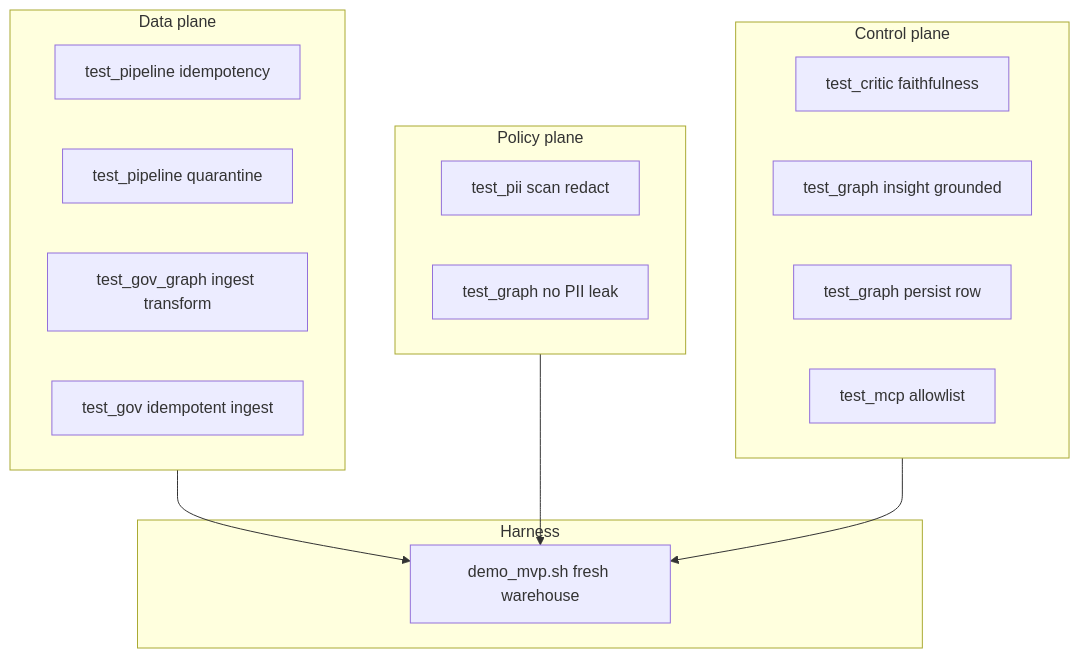
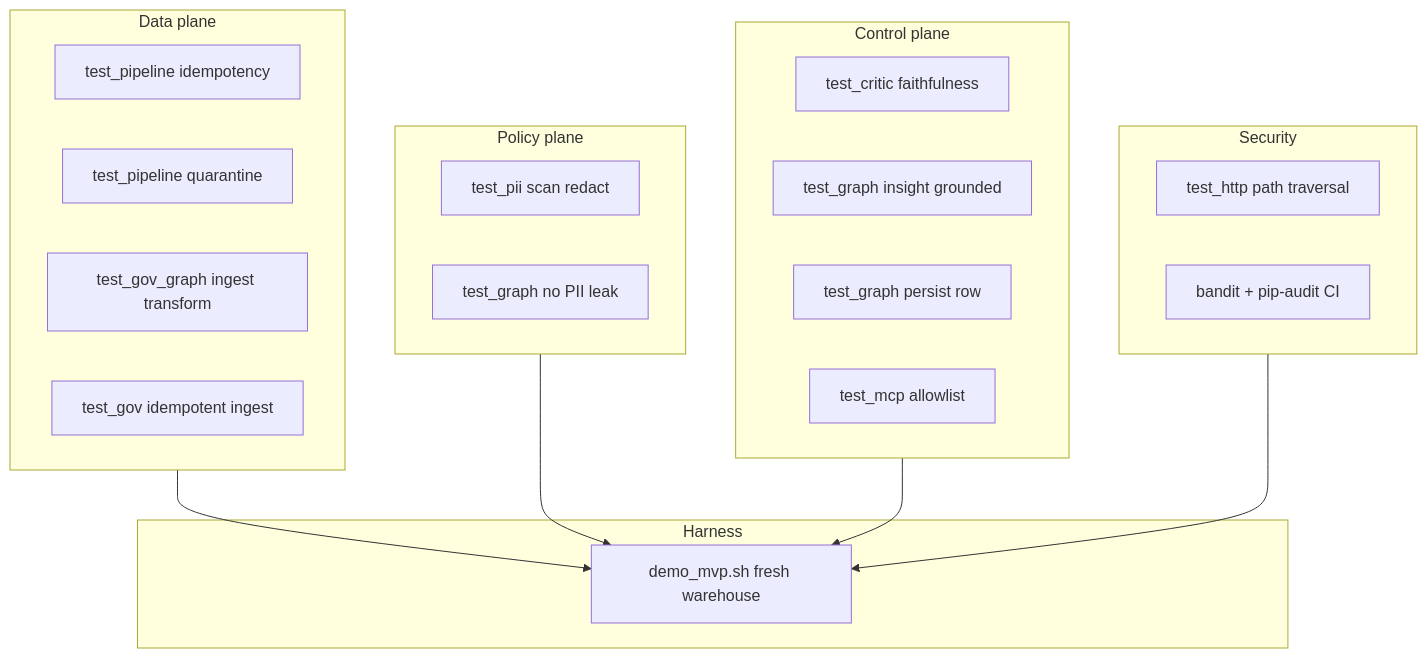
One commit to khaosans/operator-etl changed the diagram in docs/TESTING.md. Above: the diagram before and after it, drawn with Mermaid. The commit also changed other lines of this file and 56 other files, not shown here.

First line of the commit message:
Security hardening: path traversal, SAST CI, Terraform secrets, vault perms, rate limiting (#28)

````diff
--- a/docs/TESTING.md
+++ b/docs/TESTING.md
@@ -20,29 +22,35 @@
 ```mermaid
 flowchart TB
   subgraph data [Data plane]
     T1[test_pipeline idempotency]
     T2[test_pipeline quarantine]
     T3[test_gov_graph ingest transform]
     T4[test_gov idempotent ingest]
   end
 
   subgraph policy [Policy plane]
     T5[test_pii scan redact]
     T6[test_graph no PII leak]
   end
 
   subgraph control [Control plane]
     T7[test_critic faithfulness]
     T8[test_graph insight grounded]
     T9[test_graph persist row]
     T10[test_mcp allowlist]
   end
 
+  subgraph security [Security]
+    T11[test_http path traversal]
+    CI[bandit + pip-audit CI]
+  end
+
   subgraph e2e [Harness]
     Demo[demo_mvp.sh fresh warehouse]
   end
 
   data --> Demo
   policy --> Demo
   control --> Demo
+  security --> Demo
 ```
````
